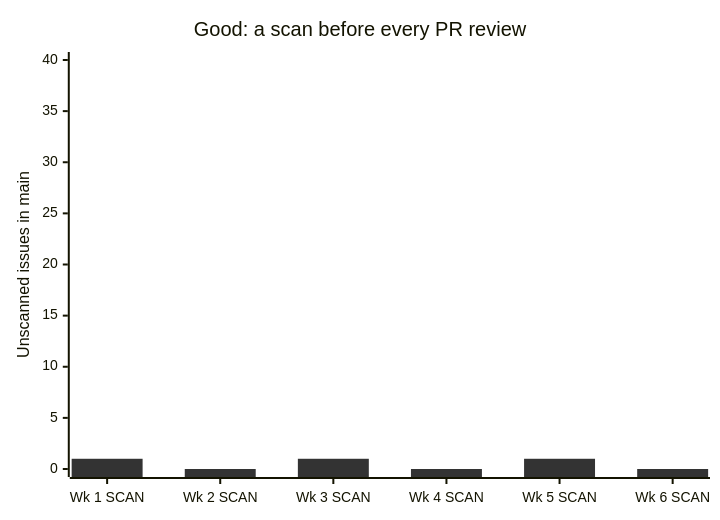
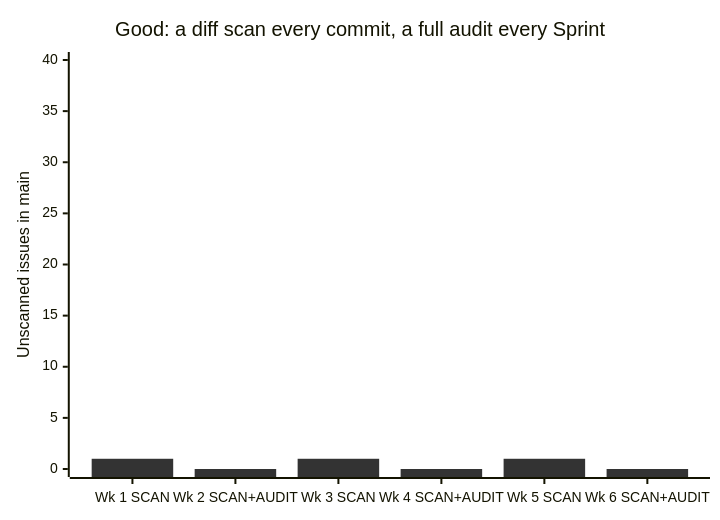
The second of 2 diagrams in public/uploads/rules/ai-security-scans/rule.mdx (SSWConsulting/SSW.Rules.Content), drawn with Mermaid before and after one commit. The commit also changed other lines of this file, not shown here.

Commit message:
Add Cloudflare's security-audit skill as the Sprint audit alongside per-commit diff scans

````diff
--- a/public/uploads/rules/ai-security-scans/rule.mdx
+++ b/public/uploads/rules/ai-security-scans/rule.mdx
@@ -74,13 +79,13 @@
 ```mermaid
 ---
 config:
   themeVariables:
     xyChart:
       plotColorPalette: "#333333"
 ---
 xychart-beta
-  title "Good: a scan before every PR review"
-  x-axis ["Wk 1 SCAN", "Wk 2 SCAN", "Wk 3 SCAN", "Wk 4 SCAN", "Wk 5 SCAN", "Wk 6 SCAN"]
+  title "Good: a diff scan every commit, a full audit every Sprint"
+  x-axis ["Wk 1 SCAN", "Wk 2 SCAN+AUDIT", "Wk 3 SCAN", "Wk 4 SCAN+AUDIT", "Wk 5 SCAN", "Wk 6 SCAN+AUDIT"]
   y-axis "Unscanned issues in main" 0 --> 40
   bar [1, 0, 1, 0, 1, 0]
 ```
````
